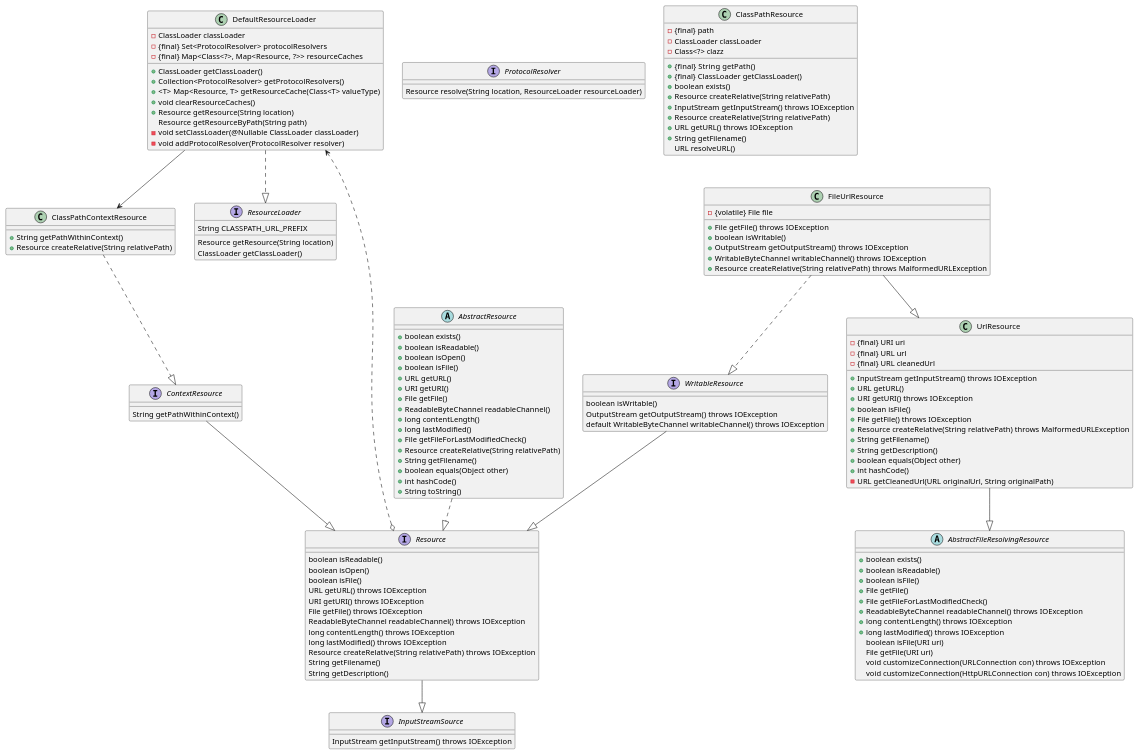
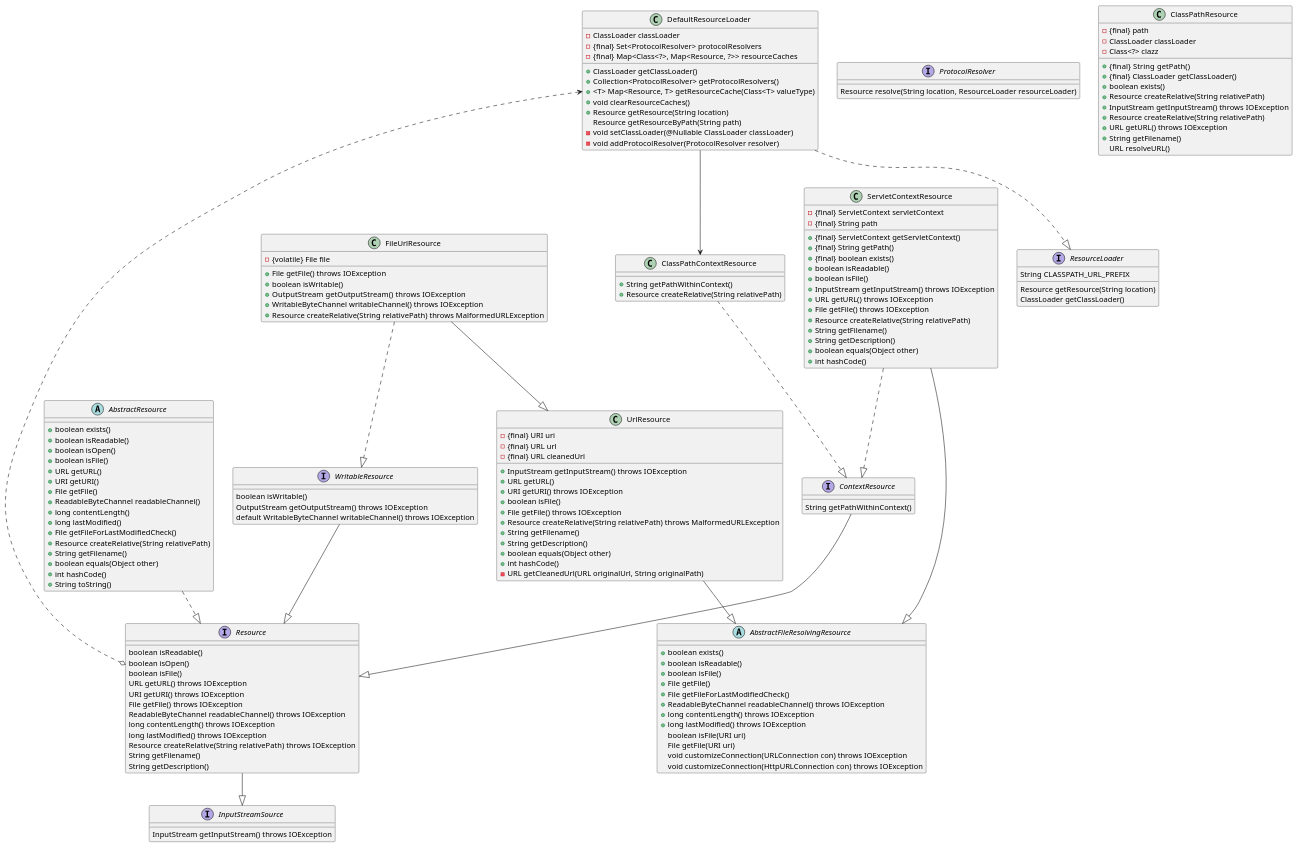
Before and after one commit to zou2561789/springuml: the diagram in src/main/java/cn/Resource.puml, drawn with PlantUML. The commit also changed 20 other files, not shown here.

```diff
--- a/src/main/java/cn/Resource.puml
+++ b/src/main/java/cn/Resource.puml
@@ -1,133 +1,152 @@
 @startuml
 class  DefaultResourceLoader {
     - ClassLoader classLoader
     - {final} Set<ProtocolResolver> protocolResolvers
     - {final} Map<Class<?>, Map<Resource, ?>> resourceCaches
     + ClassLoader getClassLoader()
     + Collection<ProtocolResolver> getProtocolResolvers()
     +  <T> Map<Resource, T> getResourceCache(Class<T> valueType)
     + void clearResourceCaches()
     + Resource getResource(String location)
     Resource getResourceByPath(String path)
     - void setClassLoader(@Nullable ClassLoader classLoader)
     - void addProtocolResolver(ProtocolResolver resolver)
 }
 class ClassPathContextResource{
   + String getPathWithinContext()
   + Resource createRelative(String relativePath)
 }
 interface ProtocolResolver{
   Resource resolve(String location, ResourceLoader resourceLoader)
 }
 abstract class AbstractResource{
    + boolean exists()
    + boolean isReadable()
    + boolean isOpen()
    + boolean isFile()
    + URL getURL()
    + URI getURI()
    + File getFile()
    + ReadableByteChannel readableChannel()
    + long contentLength()
    + long lastModified()
    +  File getFileForLastModifiedCheck()
    + Resource createRelative(String relativePath)
    + String getFilename()
    + boolean equals(Object other)
    + int hashCode()
    + String toString()
 }
 abstract class AbstractFileResolvingResource{
     + boolean exists()
     + boolean isReadable()
     + boolean isFile()
     + File getFile()
     + File getFileForLastModifiedCheck()
     + ReadableByteChannel readableChannel() throws IOException
     + long contentLength() throws IOException
     + long lastModified() throws IOException
      boolean isFile(URI uri)
      File getFile(URI uri)
      void customizeConnection(URLConnection con) throws IOException
      void customizeConnection(HttpURLConnection con) throws IOException
 }
 class UrlResource{
        - {final} URI uri
        - {final} URL url
        - {final} URL cleanedUrl
        + InputStream getInputStream() throws IOException
        + URL getURL()
        + URI getURI() throws IOException
        + boolean isFile()
        + File getFile() throws IOException
        + Resource createRelative(String relativePath) throws MalformedURLException
        + String getFilename()
        + String getDescription()
        + boolean equals(Object other)
        + int hashCode()
        - URL getCleanedUrl(URL originalUrl, String originalPath)
 }
 class FileUrlResource{
     -{volatile} File file
     + File getFile() throws IOException
     + boolean isWritable()
     + OutputStream getOutputStream()  throws IOException
     + WritableByteChannel writableChannel() throws IOException
     + Resource createRelative(String relativePath) throws MalformedURLException
 }
 class ClassPathResource{
   -{final} path
   - ClassLoader classLoader
   - Class<?> clazz
   + {final}  String getPath()
   + {final} ClassLoader getClassLoader()
   + boolean exists()
   + Resource createRelative(String relativePath)
   + InputStream getInputStream() throws IOException
   + Resource createRelative(String relativePath)
   + URL getURL() throws IOException
   + String getFilename()
     URL resolveURL()
 }
+class ServletContextResource{
+  - {final} ServletContext servletContext
+  - {final} String path
+  + {final} ServletContext getServletContext()
+  + {final} String getPath()
+  + {final} boolean exists()
+  + boolean isReadable()
+  + boolean isFile()
+  + InputStream getInputStream() throws IOException
+  + URL getURL() throws IOException
+  + File getFile() throws IOException
+  + Resource createRelative(String relativePath)
+  + String getFilename()
+  + String getDescription()
+  + boolean equals(Object other)
+  + int hashCode()
+}
 interface WritableResource{
    boolean isWritable()
    OutputStream getOutputStream() throws IOException
    default WritableByteChannel writableChannel() throws IOException
 }
 interface ResourceLoader{
   String CLASSPATH_URL_PREFIX
   Resource getResource(String location)
   ClassLoader getClassLoader()
 }
 interface Resource{
   boolean isReadable()
   boolean isOpen()
   boolean isFile()
   URL getURL() throws IOException
   URI getURI() throws IOException
   File getFile() throws IOException
   ReadableByteChannel readableChannel() throws IOException
   long contentLength() throws IOException
   long lastModified() throws IOException
   Resource createRelative(String relativePath) throws IOException
   String getFilename()
   String getDescription()
 }
 interface InputStreamSource{
      InputStream getInputStream() throws IOException
 }
 interface ContextResource{
   String getPathWithinContext()
 }
 FileUrlResource --|>UrlResource
 FileUrlResource ..|> WritableResource
 UrlResource --|>AbstractFileResolvingResource
 DefaultResourceLoader ..|>ResourceLoader
 DefaultResourceLoader --> ClassPathContextResource
 DefaultResourceLoader <..o Resource
 Resource --|>InputStreamSource
 WritableResource --|>Resource
 ClassPathContextResource ..|>ContextResource
 ContextResource --|>Resource
 AbstractResource ..|>Resource
+ServletContextResource --|>AbstractFileResolvingResource
+ServletContextResource ..|>ContextResource
 @enduml
```
